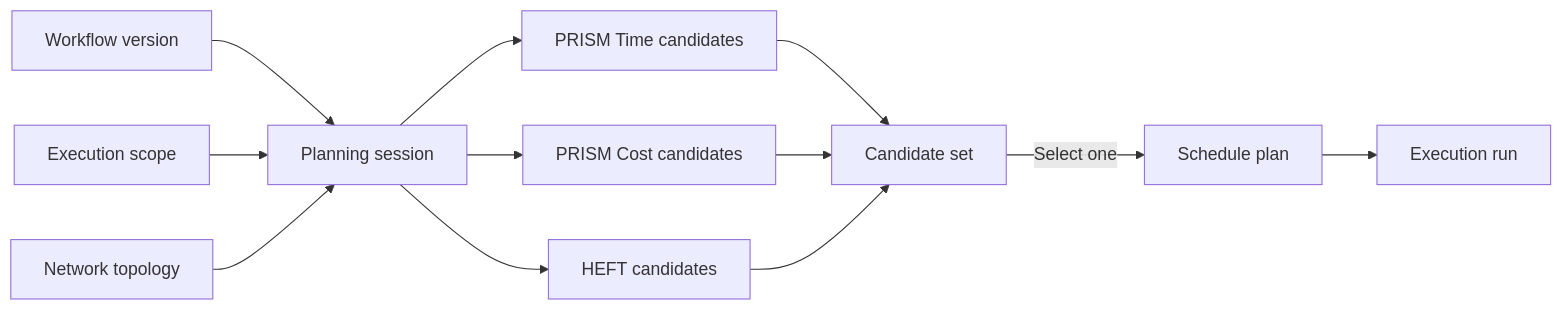
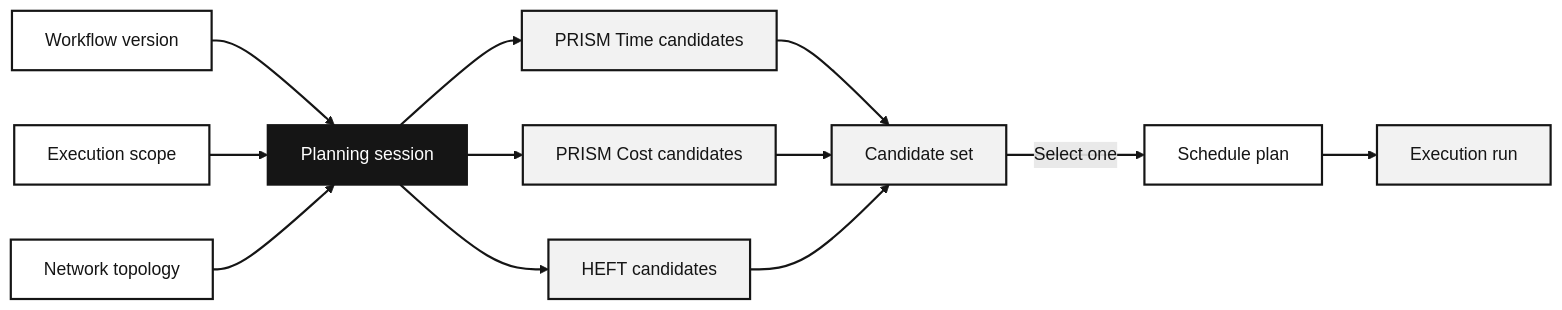
One commit to UFFeScience/akoflow changed the diagram in docs/docs/explanations/planning.md. Above: the diagram before and after it, drawn with Mermaid. The commit also changed other lines of this file and 11 other files, not shown here.

Commit message:
docs: render monochrome Mermaid diagrams

````diff
--- a/docs/docs/explanations/planning.md
+++ b/docs/docs/explanations/planning.md
@@ -22,14 +16,22 @@
 ```mermaid
 flowchart LR
   WF["Workflow version"] --> Session["Planning session"]
   Scope["Execution scope"] --> Session
   Net["Network topology"] --> Session
   Session --> A1["PRISM Time candidates"]
   Session --> A2["PRISM Cost candidates"]
   Session --> A3["HEFT candidates"]
   A1 --> C["Candidate set"]
   A2 --> C
   A3 --> C
   C -->|Select one| Plan["Schedule plan"]
   Plan --> Run["Execution run"]
+
+  classDef source fill:#ffffff,stroke:#151515,color:#151515,stroke-width:2px
+  classDef focus fill:#151515,stroke:#151515,color:#ffffff,stroke-width:2px
+  classDef neutral fill:#f2f2f2,stroke:#151515,color:#151515,stroke-width:2px
+  class WF,Scope,Net,Plan source
+  class Session focus
+  class A1,A2,A3,C,Run neutral
+  linkStyle default stroke:#151515,stroke-width:2px,color:#151515
 ```
````
